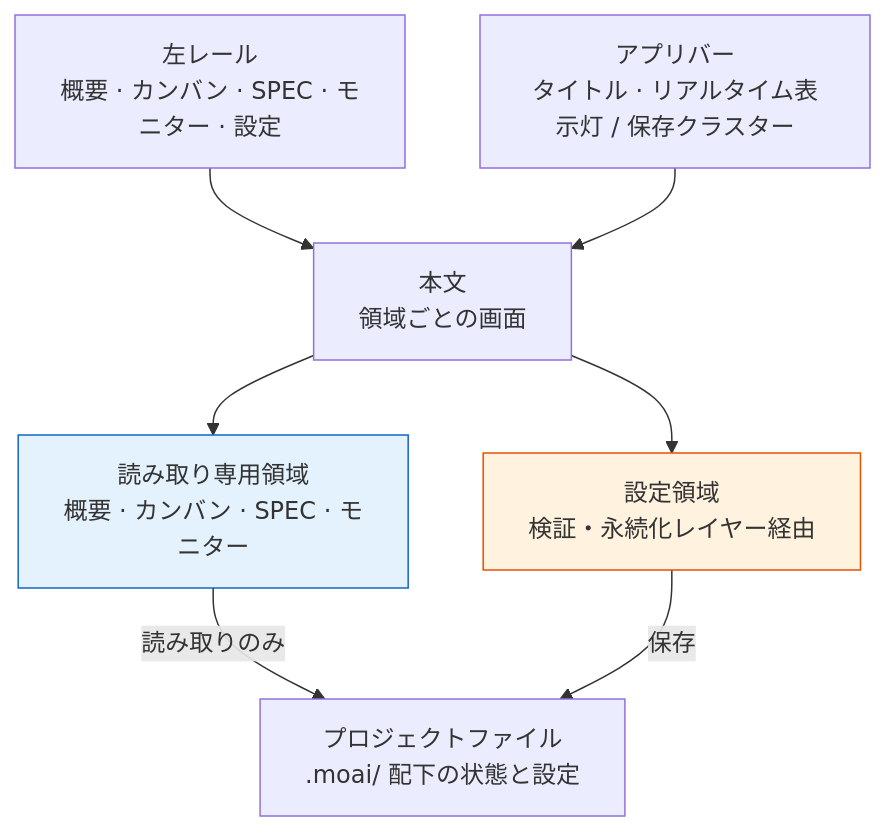
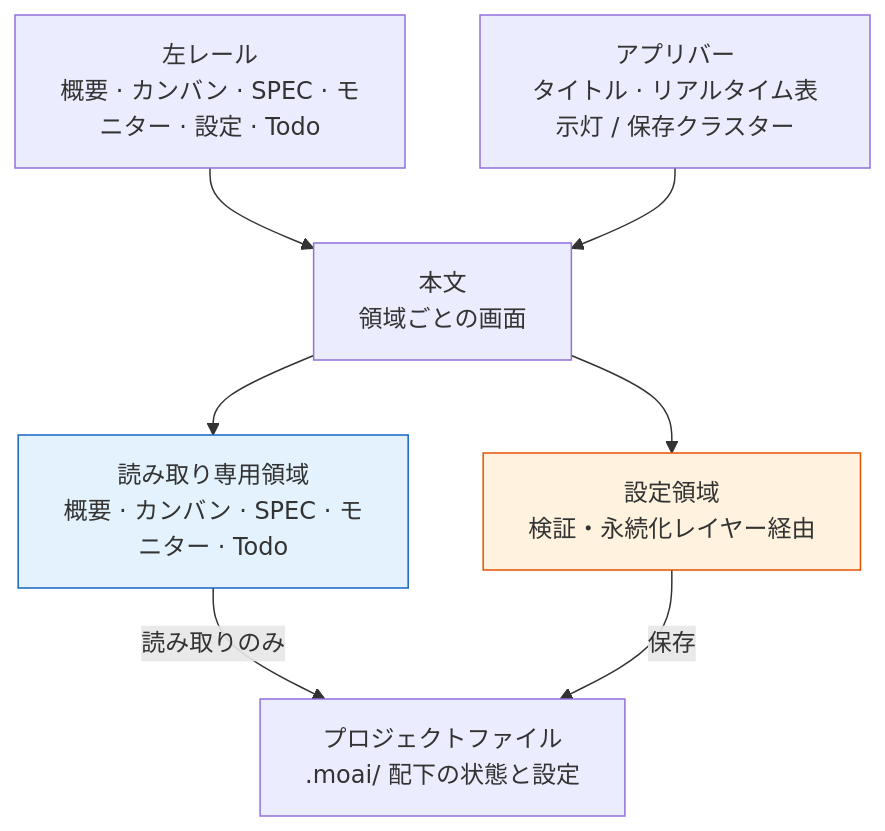
The diagram in docs-site/content/ja/advanced/moai-web-console.md (modu-ai/moai-adk), drawn with Mermaid before and after one commit. The commit also changed other lines of this file and 109 other files, not shown here.

````diff
--- a/docs-site/content/ja/advanced/moai-web-console.md
+++ b/docs-site/content/ja/advanced/moai-web-console.md
@@ -31,19 +32,19 @@
 ```mermaid
 flowchart TD
-    Rail["左レール<br/>概要 · カンバン · SPEC · モニター · 設定"]
+    Rail["左レール<br/>概要 · カンバン · SPEC · モニター · 設定 · Todo"]
     Top["アプリバー<br/>タイトル · リアルタイム表示灯 / 保存クラスター"]
     Body["本文<br/>領域ごとの画面"]
-    Read["読み取り専用領域<br/>概要 · カンバン · SPEC · モニター"]
+    Read["読み取り専用領域<br/>概要 · カンバン · SPEC · モニター · Todo"]
     Write["設定領域<br/>検証・永続化レイヤー経由"]
     Files["プロジェクトファイル<br/>.moai/ 配下の状態と設定"]
 
     Rail --> Body
     Top --> Body
     Body --> Read
     Body --> Write
     Read -->|読み取りのみ| Files
     Write -->|保存| Files
 
     style Read fill:#E3F2FD,stroke:#1565C0
     style Write fill:#FFF3E0,stroke:#E65100
 ```
````
